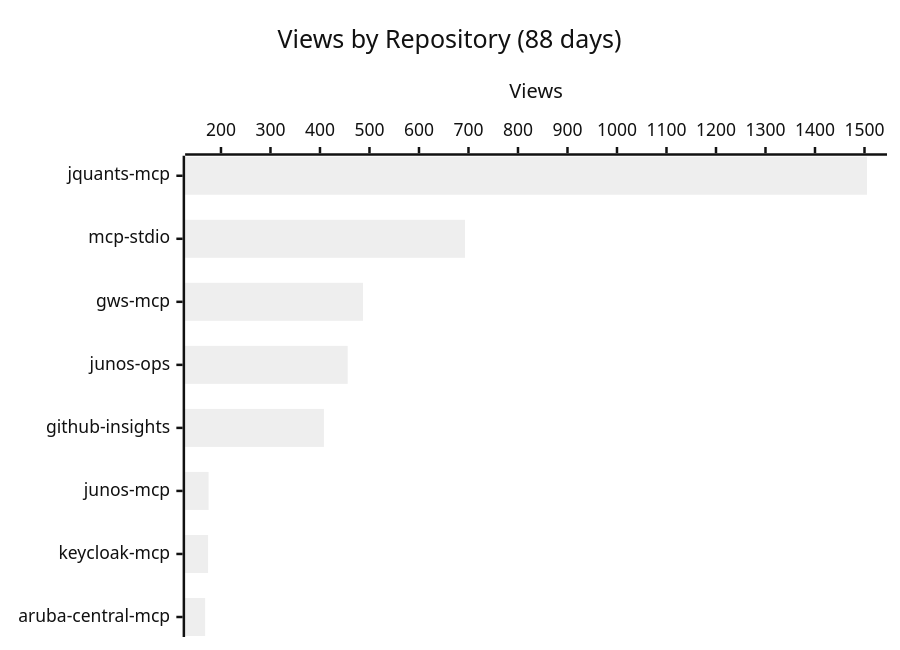
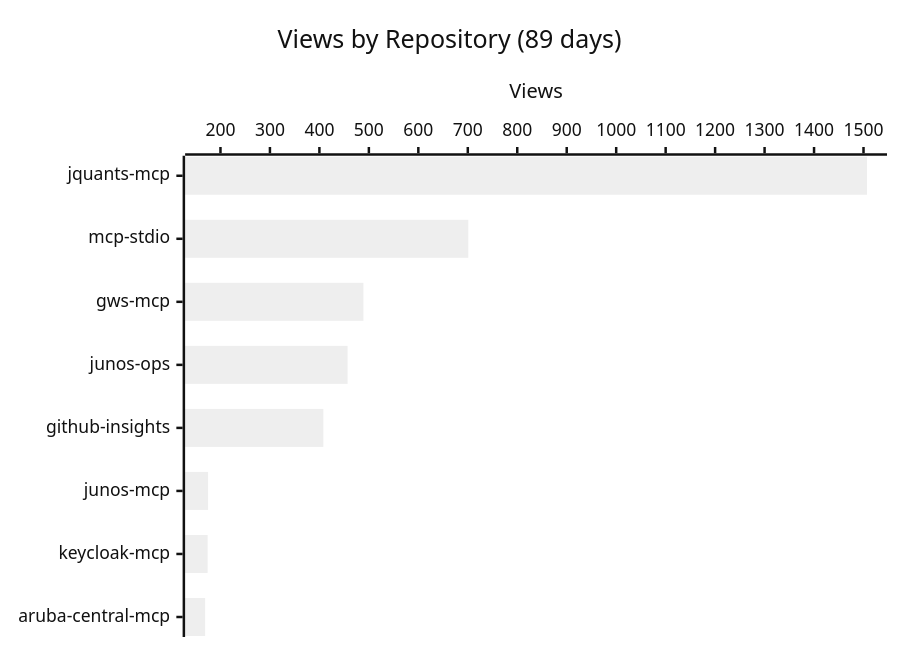
Before and after one commit to shigechika/github-insights: the first of 3 diagrams in README.md, drawn with Mermaid (neutral theme). The commit also changed other lines of this file and 2 other files, not shown here.

````diff
--- a/README.md
+++ b/README.md
@@ -18,7 +18,7 @@
 ```mermaid
 xychart-beta horizontal
-    title "Views by Repository (88 days)"
+    title "Views by Repository (89 days)"
     x-axis ["jquants-mcp", "mcp-stdio", "gws-mcp", "junos-ops", "github-insights", "junos-mcp", "keycloak-mcp", "aruba-central-mcp"]
     y-axis "Views"
-    bar [1505, 693, 487, 456, 408, 175, 174, 168]
+    bar [1507, 701, 489, 457, 408, 175, 174, 169]
 ```
````
